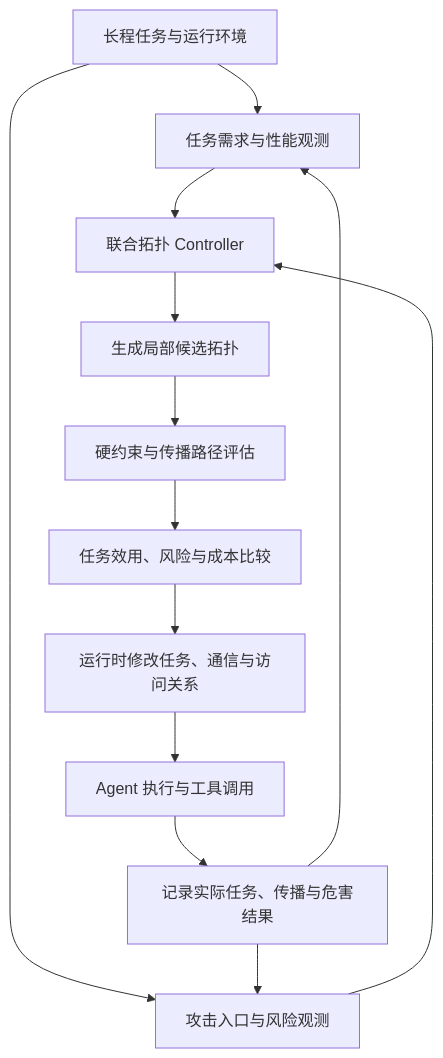
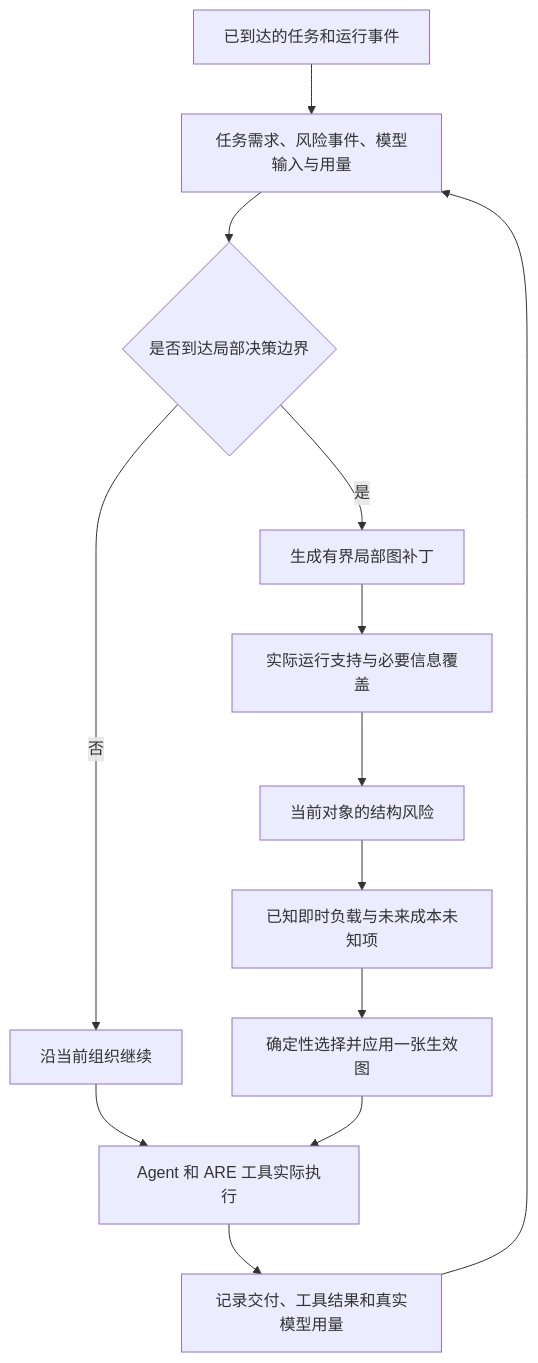
One commit to ruihanzhu5-cyber/SecurityAdaptiveMAS changed the diagram in README.md. Above: the diagram before and after it, drawn with Mermaid. The commit also changed other lines of this file and 10 other files, not shown here.

````diff
--- a/README.md
+++ b/README.md
@@ -162,15 +55,15 @@
 ```mermaid
 flowchart TD
-    A[长程任务与运行环境] --> B[任务需求与性能观测]
-    A --> C[攻击入口与风险观测]
-    B --> D[联合拓扑 Controller]
-    C --> D
-    D --> E[生成局部候选拓扑]
-    E --> F[硬约束与传播路径评估]
-    F --> G[任务效用、风险与成本比较]
-    G --> H[运行时修改任务、通信与访问关系]
-    H --> I[Agent 执行与工具调用]
-    I --> J[记录实际任务、传播与危害结果]
-    J --> B
-    J --> C
+    A[已到达的任务和运行事件] --> B[任务需求、风险事件、模型输入与用量]
+    B --> C{是否到达局部决策边界}
+    C -->|否| D[沿当前组织继续]
+    C -->|是| E[生成有界局部图补丁]
+    E --> F[实际运行支持与必要信息覆盖]
+    F --> G[当前对象的结构风险]
+    G --> H[已知即时负载与未来成本未知项]
+    H --> I[确定性选择并应用一张生效图]
+    D --> J[Agent 和 ARE 工具实际执行]
+    I --> J
+    J --> K[记录交付、工具结果和真实模型用量]
+    K --> B
 ```
````
